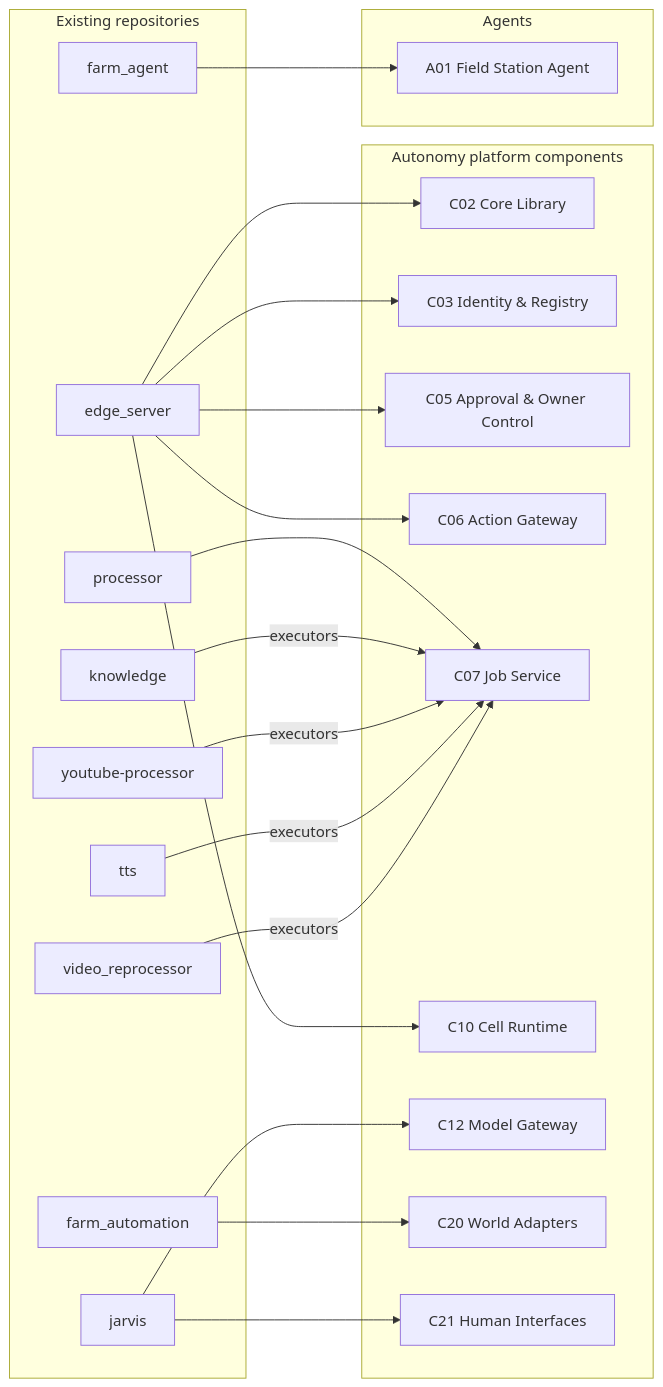
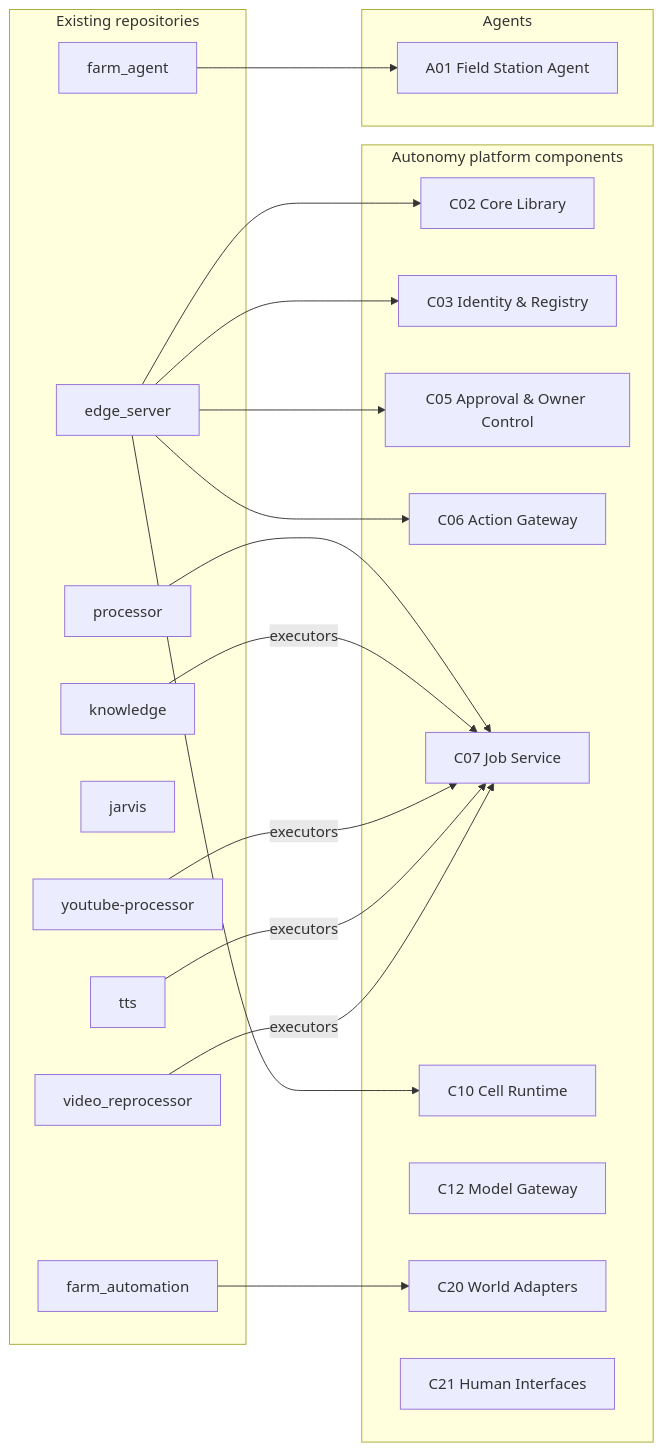
One commit to realsystem/autonomy changed the diagram in design/repository-mapping.md. Above: the diagram before and after it, drawn with Mermaid. The commit also changed other lines of this file and 13 other files, not shown here.

````diff
--- a/design/repository-mapping.md
+++ b/design/repository-mapping.md
@@ -36,21 +36,20 @@
 ```mermaid
 flowchart LR
   subgraph Existing["Existing repositories"]
     ES[edge_server]; PR[processor]; FA[farm_agent]; FAU[farm_automation]; JV[jarvis]
     KN[knowledge]; YP[youtube-processor]; TT[tts]; VR[video_reprocessor]
   end
   subgraph Platform["Autonomy platform components"]
     C02[C02 Core Library]; C03[C03 Identity & Registry]; C05[C05 Approval & Owner Control]
     C06[C06 Action Gateway]; C07[C07 Job Service]; C10[C10 Cell Runtime]; C12[C12 Model Gateway]
     C20[C20 World Adapters]; C21[C21 Human Interfaces]
   end
   subgraph Agents
     A01[A01 Field Station Agent]
   end
   ES --> C10 & C02 & C03 & C05 & C06
   PR --> C07
   FA --> A01
   FAU --> C20
-  JV --> C21 & C12
   KN & YP & TT & VR -->|executors| C07
 ```
````
